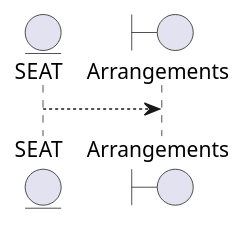
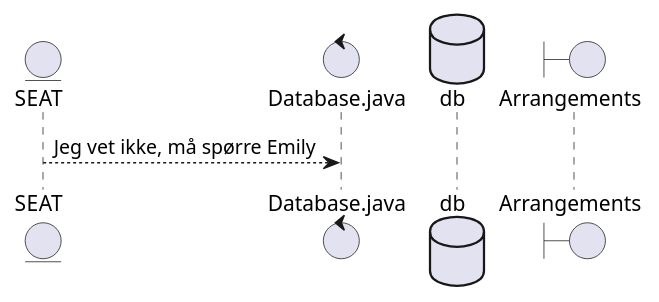
One commit to EmilyHBH/seat_gruppe19 changed the diagram in UML/Sequence/009BilletterTilOvers.puml. Above: the diagram before and after it, drawn with PlantUML. The commit also changed 6 other files, not shown here.

```diff
--- a/UML/Sequence/009BilletterTilOvers.puml
+++ b/UML/Sequence/009BilletterTilOvers.puml
@@ -1,8 +1,10 @@
 @startuml
 
 entity SEAT
+control Database.java as data
+database db
 boundary Arrangements
 
-SEAT --> Arrangements: 
+SEAT --> data: Jeg vet ikke, må spørre Emily
 
 @enduml
```
